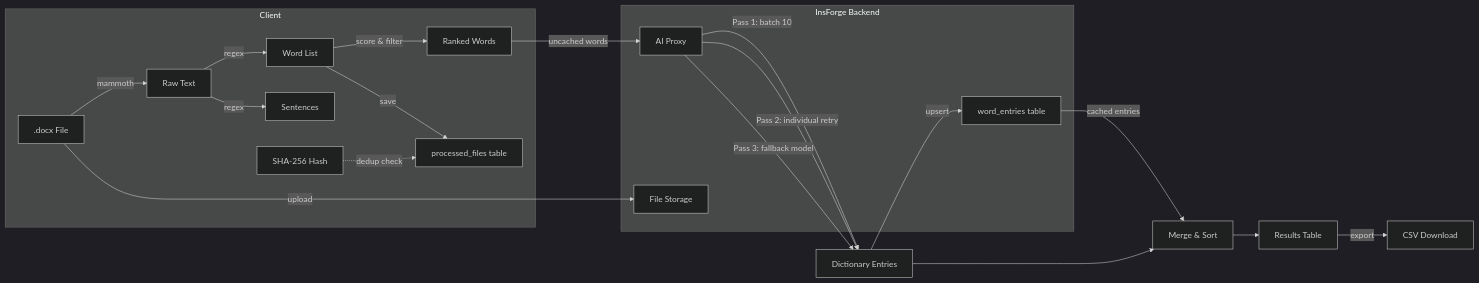
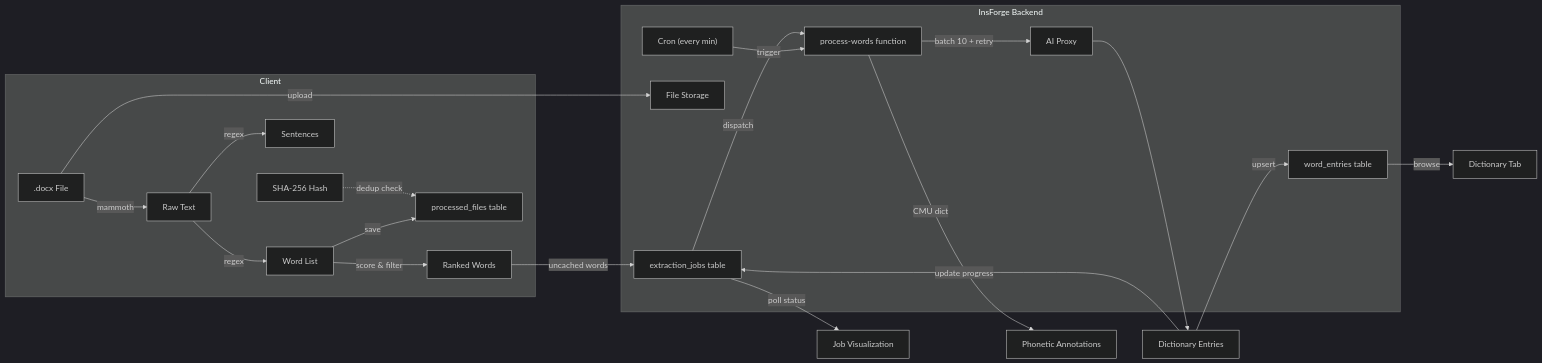
One commit to NaichuanZhang/wordwise changed the second of 3 diagrams in README.md. Above: the diagram before and after it, drawn with Mermaid (dark theme). The commit also changed other lines of this file and 4 other files, not shown here.

First line of the commit message:
chore: remove dead code and sync docs with current architecture

````diff
--- a/README.md
+++ b/README.md
@@ -80,29 +83,33 @@
 ```mermaid
 flowchart LR
     subgraph Client
         DOCX[".docx File"] -->|mammoth| TEXT["Raw Text"]
         TEXT -->|regex| WORDS["Word List"]
         TEXT -->|regex| SENTS["Sentences"]
         WORDS -->|score & filter| RANKED["Ranked Words"]
         FILE_HASH["SHA-256 Hash"] -.->|dedup check| DB_CHECK
     end
 
     subgraph InsForge Backend
         DB_CHECK["processed_files table"]
         WORD_CACHE["word_entries table"]
+        JOBS["extraction_jobs table"]
+        EDGE_FN["process-words function"]
         AI_PROXY["AI Proxy"]
         STORAGE["File Storage"]
+        CRON["Cron (every min)"]
     end
 
     DOCX -->|upload| STORAGE
-    RANKED -->|uncached words| AI_PROXY
-    AI_PROXY -->|Pass 1: batch 10| ENTRIES["Dictionary Entries"]
-    AI_PROXY -->|Pass 2: individual retry| ENTRIES
-    AI_PROXY -->|Pass 3: fallback model| ENTRIES
+    RANKED -->|uncached words| JOBS
+    JOBS -->|dispatch| EDGE_FN
+    CRON -->|trigger| EDGE_FN
+    EDGE_FN -->|batch 10 + retry| AI_PROXY
+    EDGE_FN -->|CMU dict| PHONETIC["Phonetic Annotations"]
+    AI_PROXY --> ENTRIES["Dictionary Entries"]
     ENTRIES -->|upsert| WORD_CACHE
+    ENTRIES -->|update progress| JOBS
     WORDS -->|save| DB_CHECK
-    WORD_CACHE -->|cached entries| MERGE["Merge & Sort"]
-    ENTRIES --> MERGE
-    MERGE --> TABLE["Results Table"]
-    TABLE -->|export| CSV["CSV Download"]
+    JOBS -->|poll status| VIZ["Job Visualization"]
+    WORD_CACHE -->|browse| DICT["Dictionary Tab"]
 ```
````
